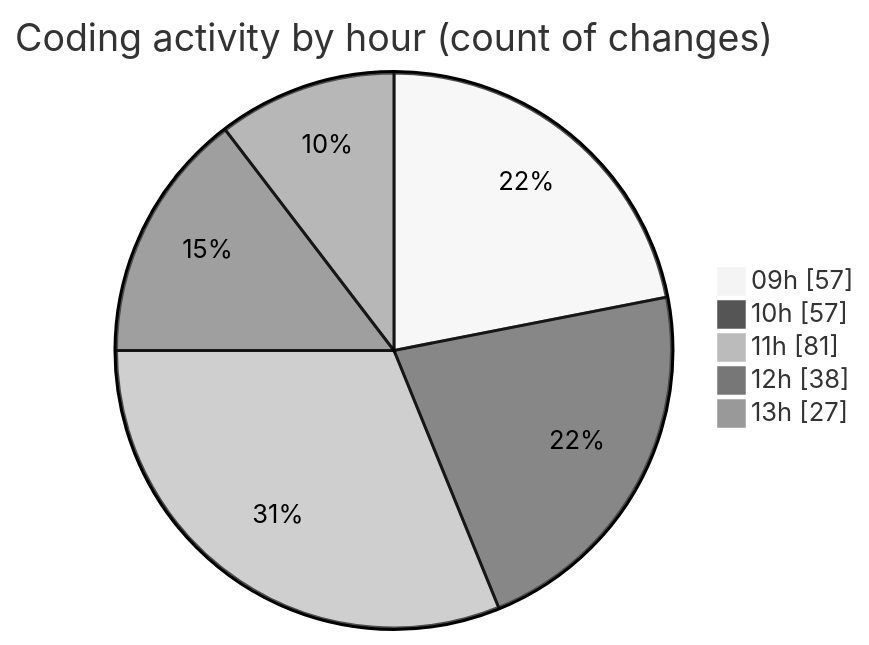
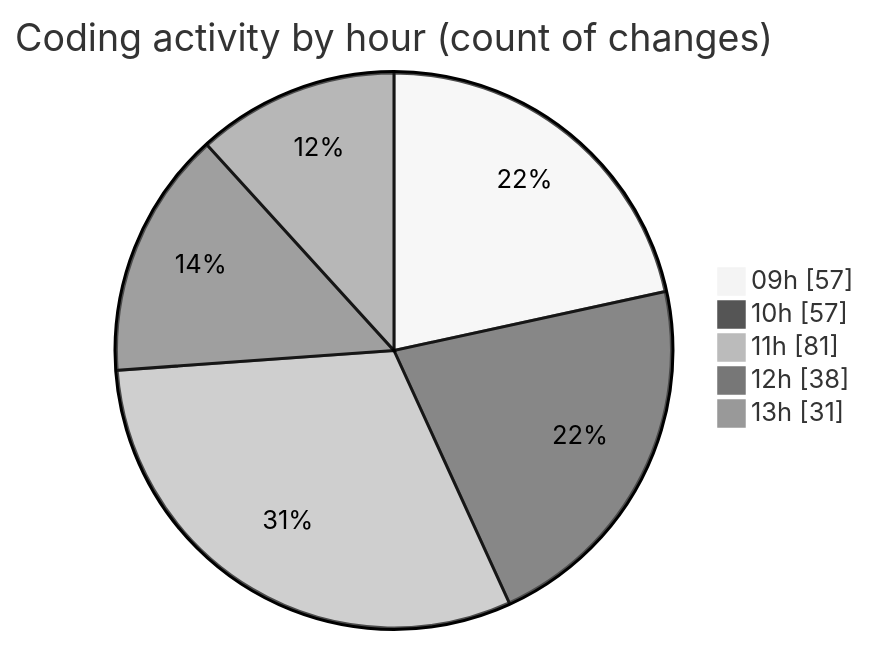
The second of 2 diagrams in 2025-09-19/cda/README.md (momahboobian/code-tracking), drawn with Mermaid (neutral theme) before and after one commit. The commit also changed other lines of this file and 1 other file, not shown here.

````diff
--- a/2025-09-19/cda/README.md
+++ b/2025-09-19/cda/README.md
@@ -33,9 +34,9 @@
 ```mermaid
 pie showData
 title Coding activity by hour (count of changes)
 "09h" : 57
 "10h" : 57
 "11h" : 81
 "12h" : 38
-"13h" : 27
+"13h" : 31
 ```
````
